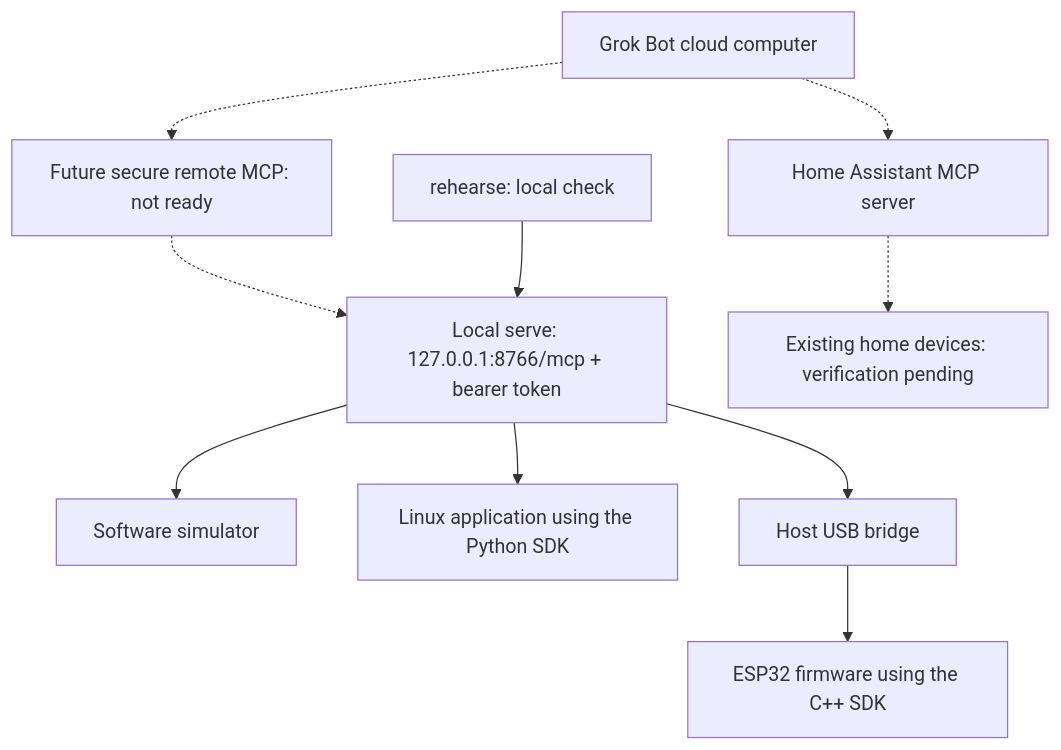
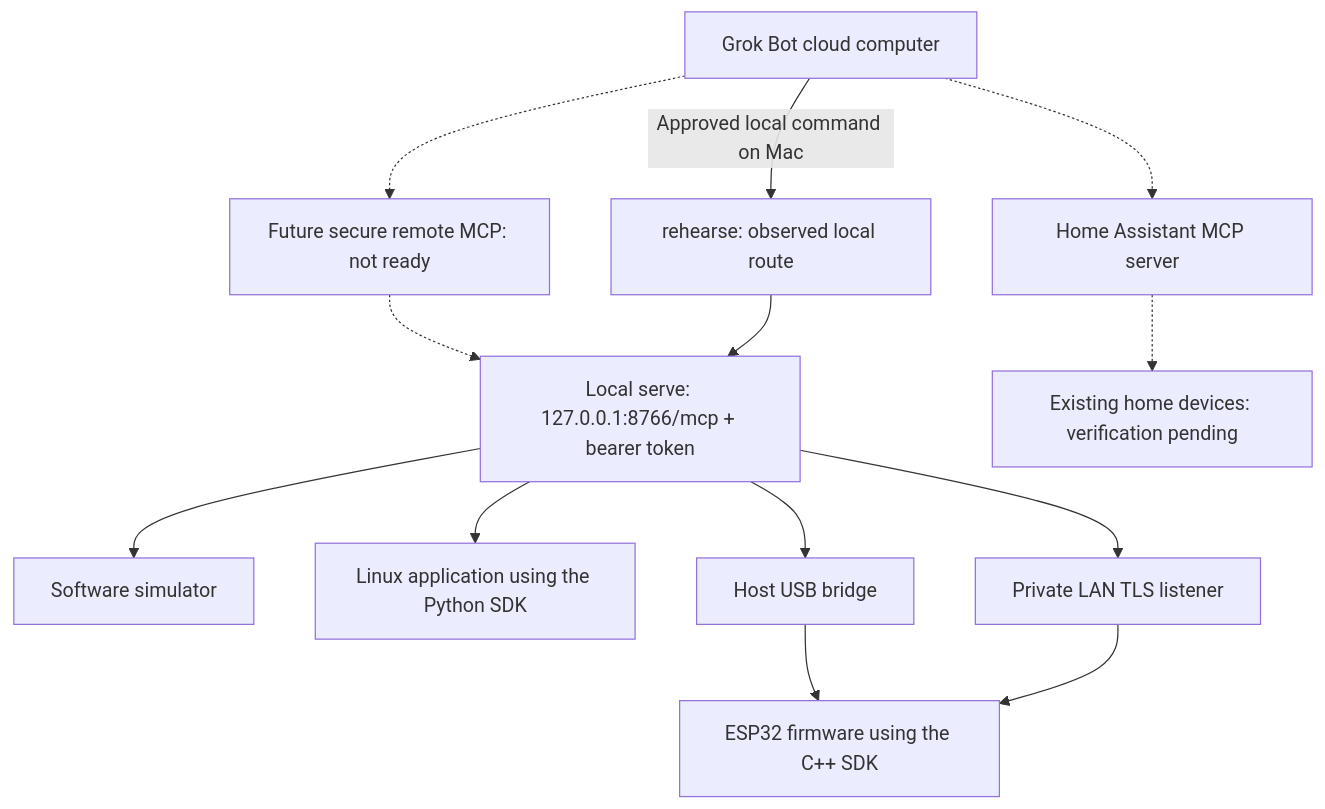
Before and after one commit to adidshaft/grok-gadgets: the first of 2 diagrams in docs/architecture/overview.md, drawn with Mermaid. The commit also changed other lines of this file and 47 other files, not shown here.

````diff
--- a/docs/architecture/overview.md
+++ b/docs/architecture/overview.md
@@ -15,12 +15,15 @@
 ```mermaid
 flowchart TD
     G["Grok Bot cloud computer"] -.-> T["Future secure remote MCP: not ready"]
     T -.-> W["Local serve: 127.0.0.1:8766/mcp + bearer token"]
-    C["rehearse: local check"] --> W
+    G -->|"Approved local command on Mac"| C["rehearse: observed local route"]
+    C --> W
     W --> S["Software simulator"]
     W --> L["Linux application using the Python SDK"]
     W --> U["Host USB bridge"]
     U --> E["ESP32 firmware using the C++ SDK"]
+    W --> V["Private LAN TLS listener"]
+    V --> E
     G -.-> H["Home Assistant MCP server"]
     H -.-> D["Existing home devices: verification pending"]
 ```
````
